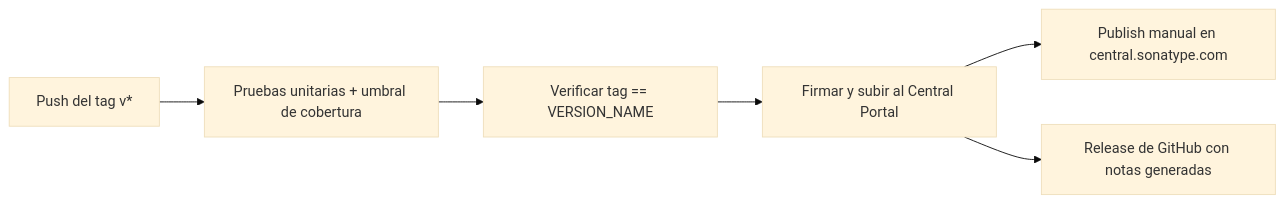
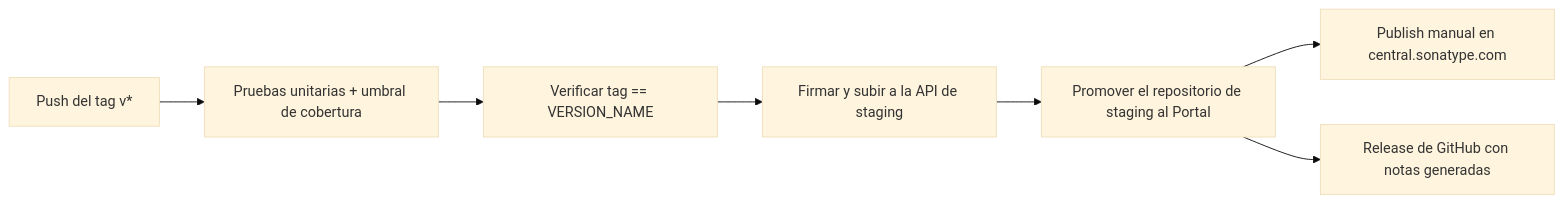
One commit to DEV1-Softworks/openpay-android changed the second of 2 diagrams in docs/es/ci.md. Above: the diagram before and after it, drawn with Mermaid (base theme). The commit also changed other lines of this file and 4 other files, not shown here.

First line of the commit message:
fix: promote the staging repository to the Central Portal during CD

````diff
--- a/docs/es/ci.md
+++ b/docs/es/ci.md
@@ -54,8 +54,9 @@
 ```mermaid
 flowchart LR
     A[Push del tag v*] --> B[Pruebas unitarias + umbral de cobertura]
     B --> C[Verificar tag == VERSION_NAME]
-    C --> D[Firmar y subir al Central Portal]
-    D --> E[Publish manual en central.sonatype.com]
-    D --> F[Release de GitHub con notas generadas]
+    C --> D[Firmar y subir a la API de staging]
+    D --> E[Promover el repositorio de staging al Portal]
+    E --> F[Publish manual en central.sonatype.com]
+    E --> G[Release de GitHub con notas generadas]
 ```
````
